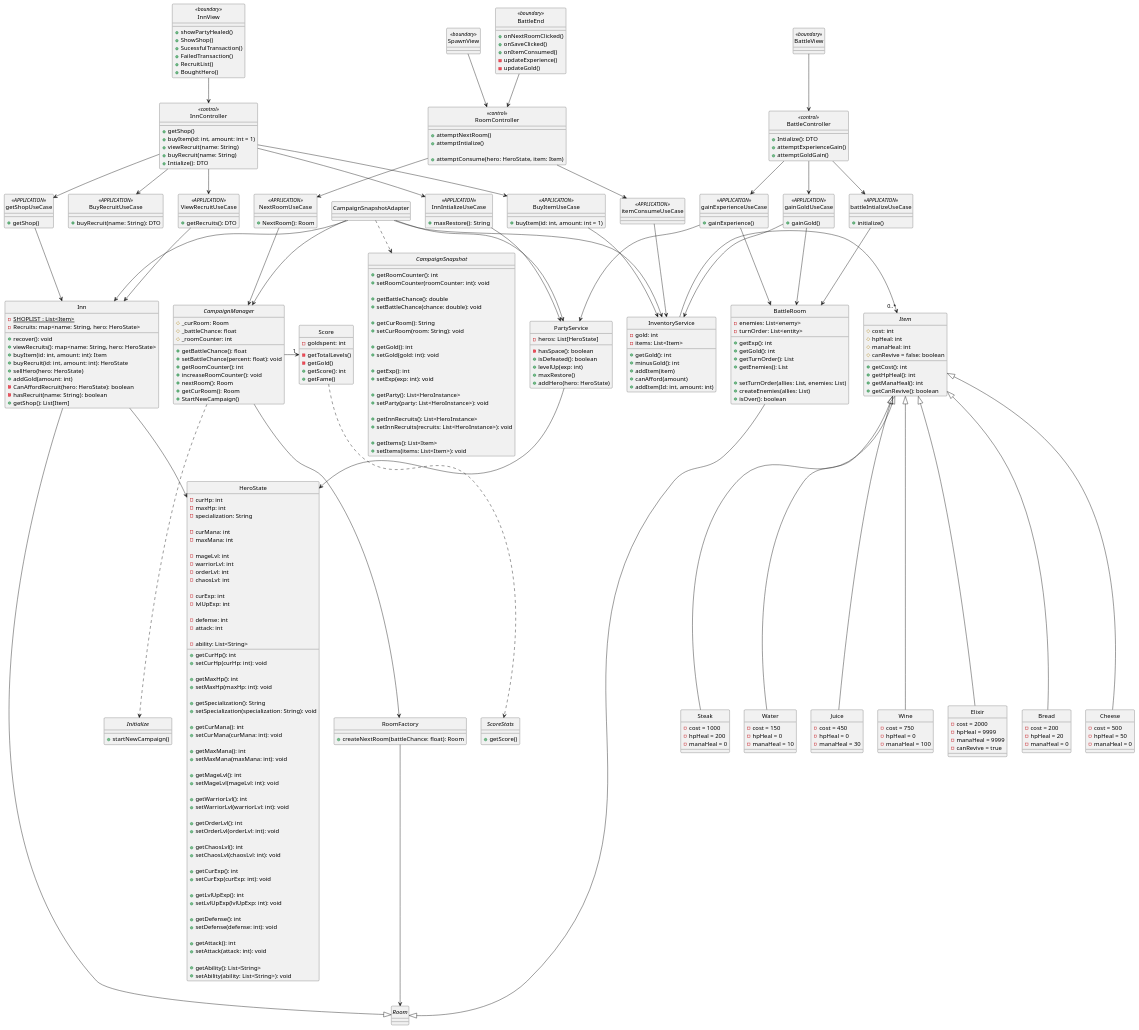
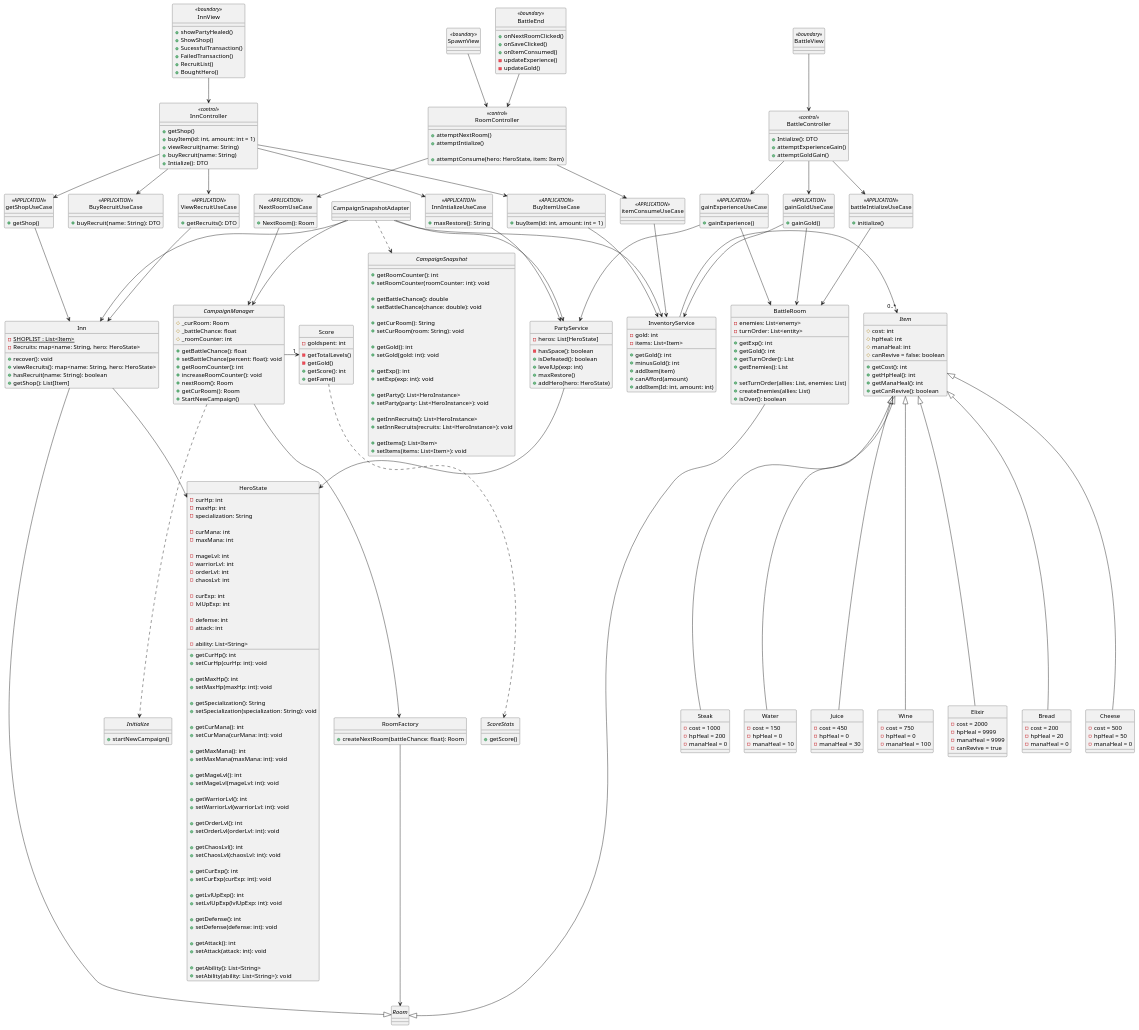
One commit to JosefG50/2203-Legends-of-Sword-and-Wand changed the diagram in rpg-legends/campaign-progression/docs/uml/services/class/inn.puml. Above: the diagram before and after it, drawn with PlantUML. The commit also changed 19 other files, not shown here.

Commit message:
intial methods of many classes based on class uml

```diff
--- a/rpg-legends/campaign-progression/docs/uml/services/class/inn.puml
+++ b/rpg-legends/campaign-progression/docs/uml/services/class/inn.puml
@@ -85,12 +85,7 @@
 
     + recover(): void
     + viewRecruits(): map<name: String, hero: HeroState>
-    + buyItem(id: int, amount: int): Item
-    + buyRecruit(id: int, amount: int): HeroState
-    + sellHero(hero: HeroState)
-    + addGold(amount: int)
-    - CanAffordRecruit(hero: HeroState): boolean
-    - hasRecruit(name: String): boolean
+    + hasRecruit(name: String): boolean
     + getShop(): List[Item]
 }
 class BattleRoom{
```
